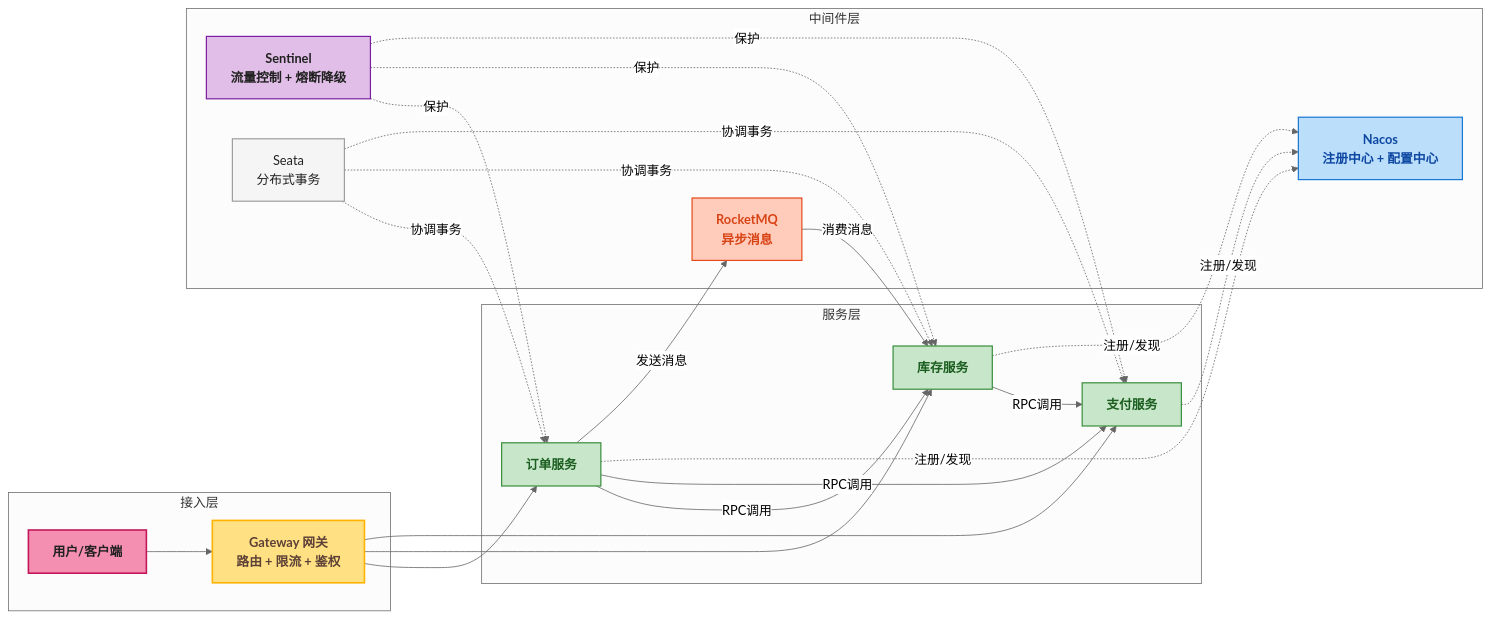
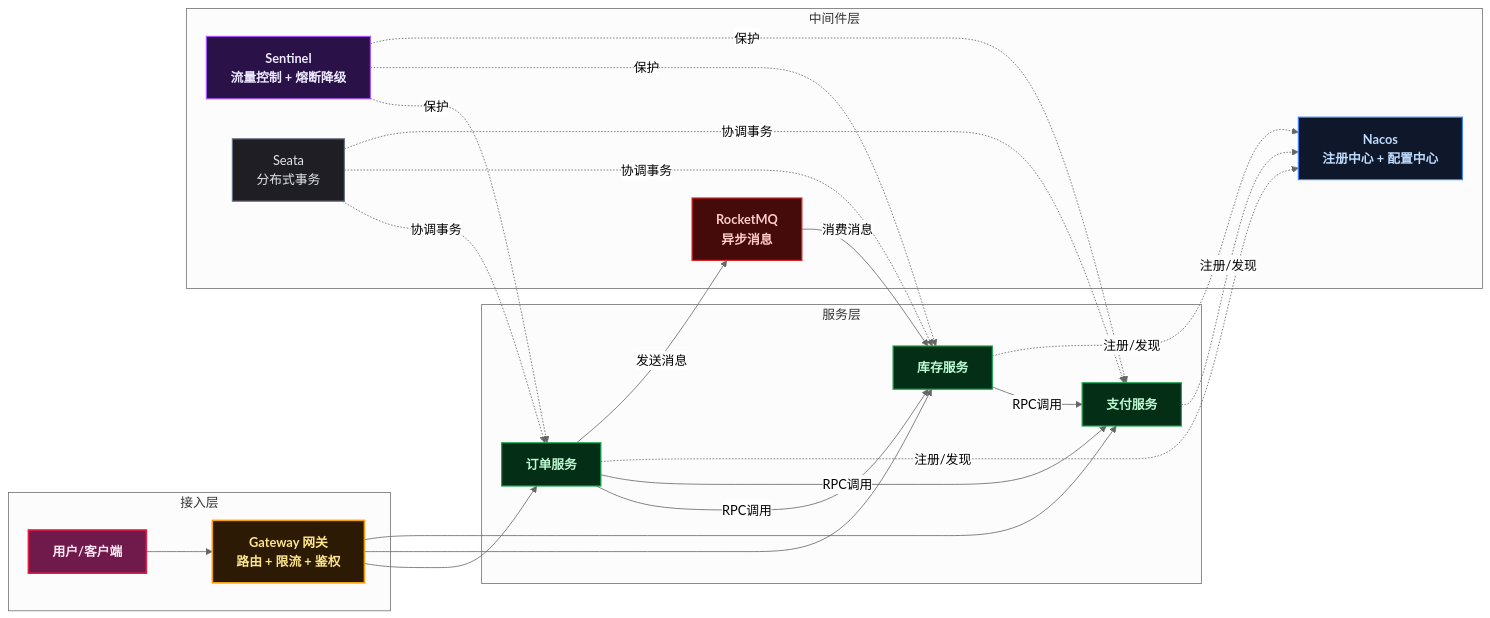
The first of 3 diagrams in content/posts/springcloud/SpringCloudAlibabaMicroservice.md (yaocat55/yaocat55.github.io), drawn with Mermaid (neutral theme) before and after one commit. The commit also changed other lines of this file and 155 other files, not shown here.

````diff
--- a/content/posts/springcloud/SpringCloudAlibabaMicroservice.md
+++ b/content/posts/springcloud/SpringCloudAlibabaMicroservice.md
@@ -57,60 +57,60 @@
 ```mermaid
 flowchart LR
-    classDef entry fill:#F48FB1,stroke:#C2185B,stroke-width:2px,color:#212121,font-weight:bold;
-    classDef gateway fill:#FFE082,stroke:#FFB300,stroke-width:2px,color:#5D4037,font-weight:bold;
-    classDef protect fill:#E1BEE7,stroke:#7B1FA2,stroke-width:1.5px,color:#212121,font-weight:bold;
-    classDef rpc fill:#C8E6C9,stroke:#388E3C,stroke-width:1.5px,color:#1B5E20,font-weight:bold;
-    classDef registry fill:#BBDEFB,stroke:#1976D2,stroke-width:1.5px,color:#0D47A1,font-weight:bold;
-    classDef mq fill:#FFCCBC,stroke:#E64A19,stroke-width:1.5px,color:#D84315,font-weight:bold;
-    classDef tx fill:#F5F5F5,stroke:#9E9E9E,stroke-width:1.5px,color:#212121;
+classDef entry fill:#701a4c,stroke:#e11d48,stroke-width:2px,color:#fce7f3,font-weight:bold;
+classDef gateway fill:#2d1a05,stroke:#f59e0b,stroke-width:2px,color:#fde68a,font-weight:bold;
+classDef protect fill:#2a1147,stroke:#a855f7,stroke-width:1.5px,color:#ede9fe,font-weight:bold;
+classDef rpc fill:#052e16,stroke:#16a34a,stroke-width:1.5px,color:#bbf7d0,font-weight:bold;
+classDef registry fill:#0f172a,stroke:#3b82f6,stroke-width:1.5px,color:#bfdbfe,font-weight:bold;
+classDef mq fill:#450a0a,stroke:#dc2626,stroke-width:1.5px,color:#fecaca,font-weight:bold;
+classDef tx fill:#1e1e24,stroke:#6b7280,stroke-width:1.5px,color:#e5e7eb;
 
     subgraph ACCESS_LAYER["接入层"]
         USER[用户/客户端]
         GW["Gateway 网关\n路由 + 限流 + 鉴权"]
     end
 
     subgraph SERVICE_LAYER["服务层"]
         ORDER[订单服务]
         STOCK[库存服务]
         PAY[支付服务]
     end
 
     subgraph MIDDLEWARE["中间件层"]
         NACOS["Nacos\n注册中心 + 配置中心"]
         SENTINEL["Sentinel\n流量控制 + 熔断降级"]
         ROCKETMQ["RocketMQ\n异步消息"]
         SEATA["Seata\n分布式事务"]
     end
 
     USER --> GW
     GW --> ORDER
     GW --> STOCK
     GW --> PAY
 
     ORDER -->|RPC调用| STOCK
     ORDER -->|RPC调用| PAY
     STOCK -->|RPC调用| PAY
 
     ORDER -.->|注册/发现| NACOS
     STOCK -.->|注册/发现| NACOS
     PAY -.->|注册/发现| NACOS
 
     SENTINEL -.->|保护| ORDER
     SENTINEL -.->|保护| STOCK
     SENTINEL -.->|保护| PAY
 
     ORDER -->|发送消息| ROCKETMQ
     ROCKETMQ -->|消费消息| STOCK
 
     SEATA -.->|协调事务| ORDER
     SEATA -.->|协调事务| STOCK
     SEATA -.->|协调事务| PAY
 
     class USER entry;
     class GW gateway;
     class SENTINEL protect;
     class ORDER,STOCK,PAY rpc;
     class NACOS registry;
     class ROCKETMQ mq;
     class SEATA tx;
 ```
````
